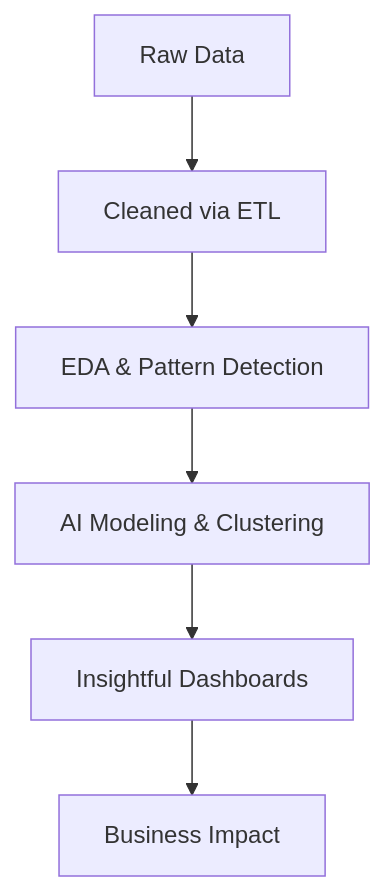
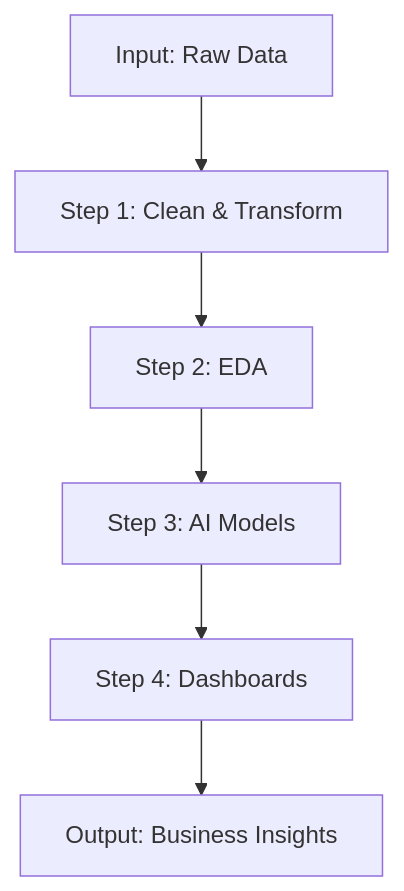
One commit to Anuraga123/Anuraga123 changed the diagram in README.md. Above: the diagram before and after it, drawn with Mermaid. The commit also changed other lines of this file, not shown here.

````diff
--- a/README.md
+++ b/README.md
@@ -55,8 +50,8 @@
 ```mermaid
 graph TD;
-    A[Raw Data] --> B[Cleaned via ETL];
-    B --> C[EDA & Pattern Detection];
-    C --> D[AI Modeling & Clustering];
-    D --> E[Insightful Dashboards];
-    E --> F[Business Impact]
+    A[Input: Raw Data] --> B[Step 1: Clean & Transform];
+    B --> C[Step 2: EDA];
+    C --> D[Step 3: AI Models];
+    D --> E[Step 4: Dashboards];
+    E --> F[Output: Business Insights];
 ```
````
